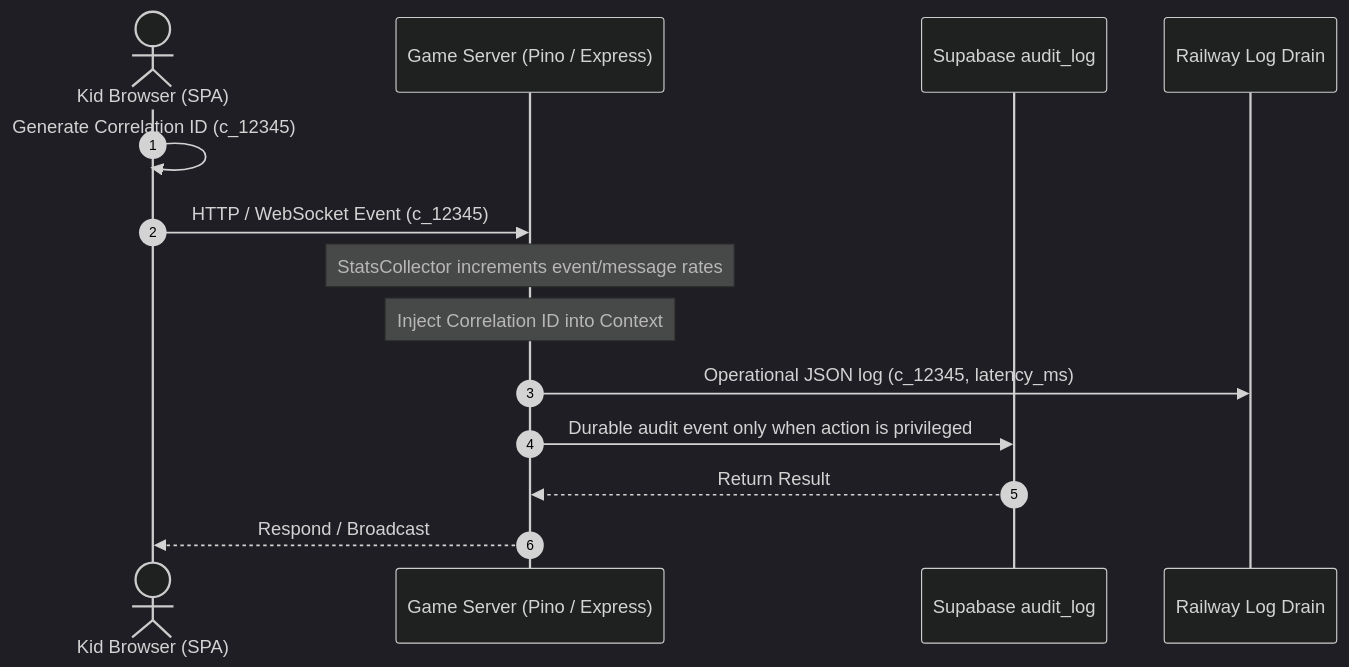
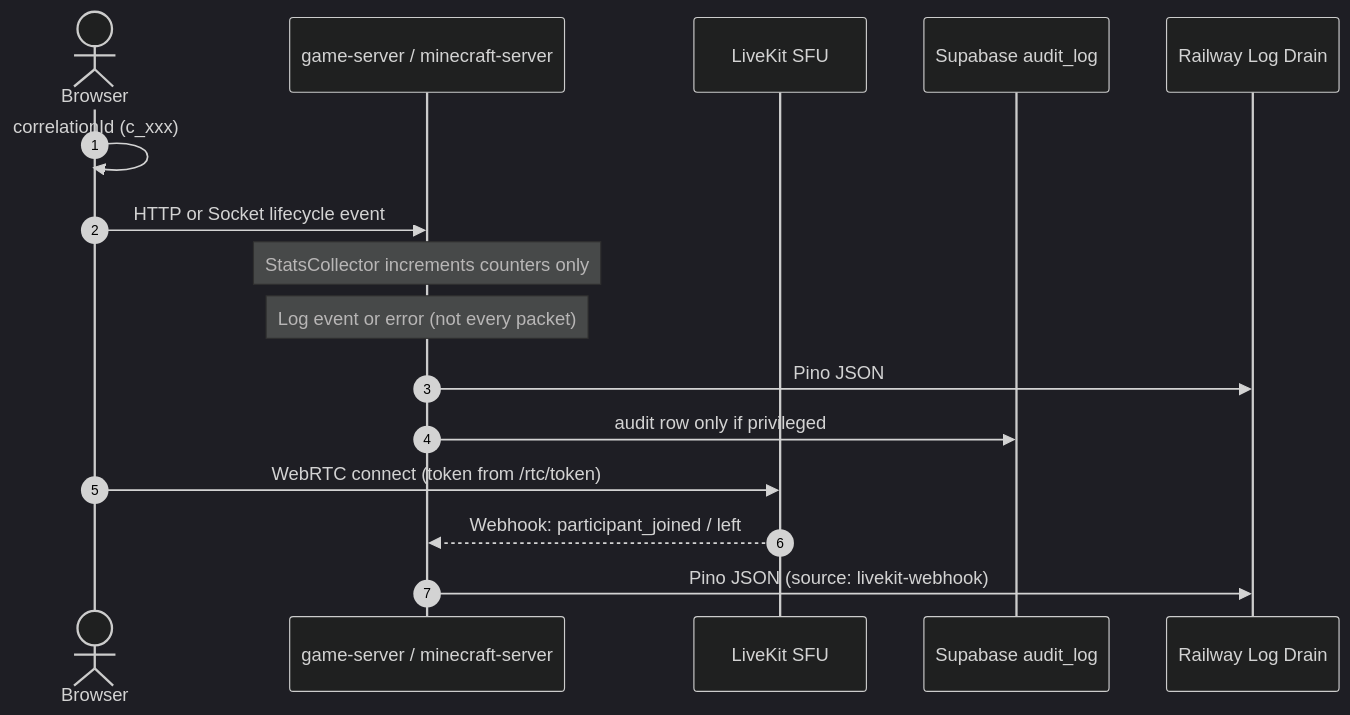
One commit to Yoomiy/OMplayground changed the second of 2 diagrams in tmp/logging_coverage_prototype.md. Above: the diagram before and after it, drawn with Mermaid (dark theme). The commit also changed other lines of this file, not shown here.

````diff
--- a/tmp/logging_coverage_prototype.md
+++ b/tmp/logging_coverage_prototype.md
@@ -26,17 +76,19 @@
 ```mermaid
 sequenceDiagram
     autonumber
-    actor Client as Kid Browser (SPA)
-    participant Server as Game Server (Pino / Express)
+    actor Client as Browser
+    participant GS as game-server / minecraft-server
+    participant LK as LiveKit SFU
     participant DB as Supabase audit_log
     participant Drain as Railway Log Drain
 
-    Client->>Client: Generate Correlation ID (c_12345)
-    Client->>Server: HTTP / WebSocket Event (c_12345)
-    Note over Server: StatsCollector increments event/message rates
-    Note over Server: Inject Correlation ID into Context
-    Server->>Drain: Operational JSON log (c_12345, latency_ms)
-    Server->>DB: Durable audit event only when action is privileged
-    DB-->>Server: Return Result
-    Server-->>Client: Respond / Broadcast
+    Client->>Client: correlationId (c_xxx)
+    Client->>GS: HTTP or Socket lifecycle event
+    Note over GS: StatsCollector increments counters only
+    Note over GS: Log event or error (not every packet)
+    GS->>Drain: Pino JSON
+    GS->>DB: audit row only if privileged
+    Client->>LK: WebRTC connect (token from /rtc/token)
+    LK-->>GS: Webhook: participant_joined / left
+    GS->>Drain: Pino JSON (source: livekit-webhook)
 ```
````
